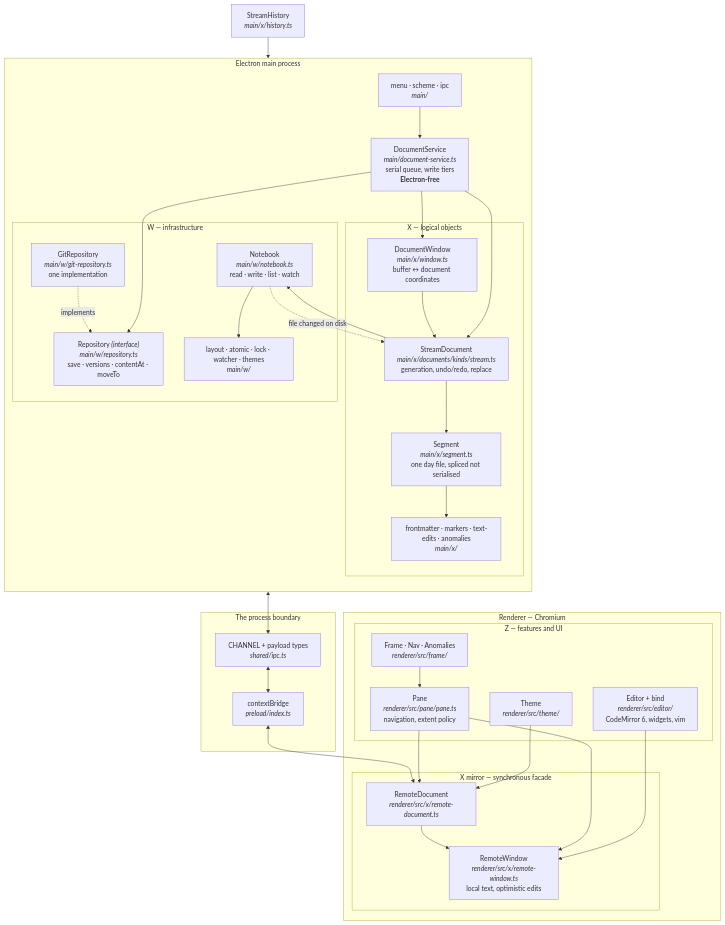
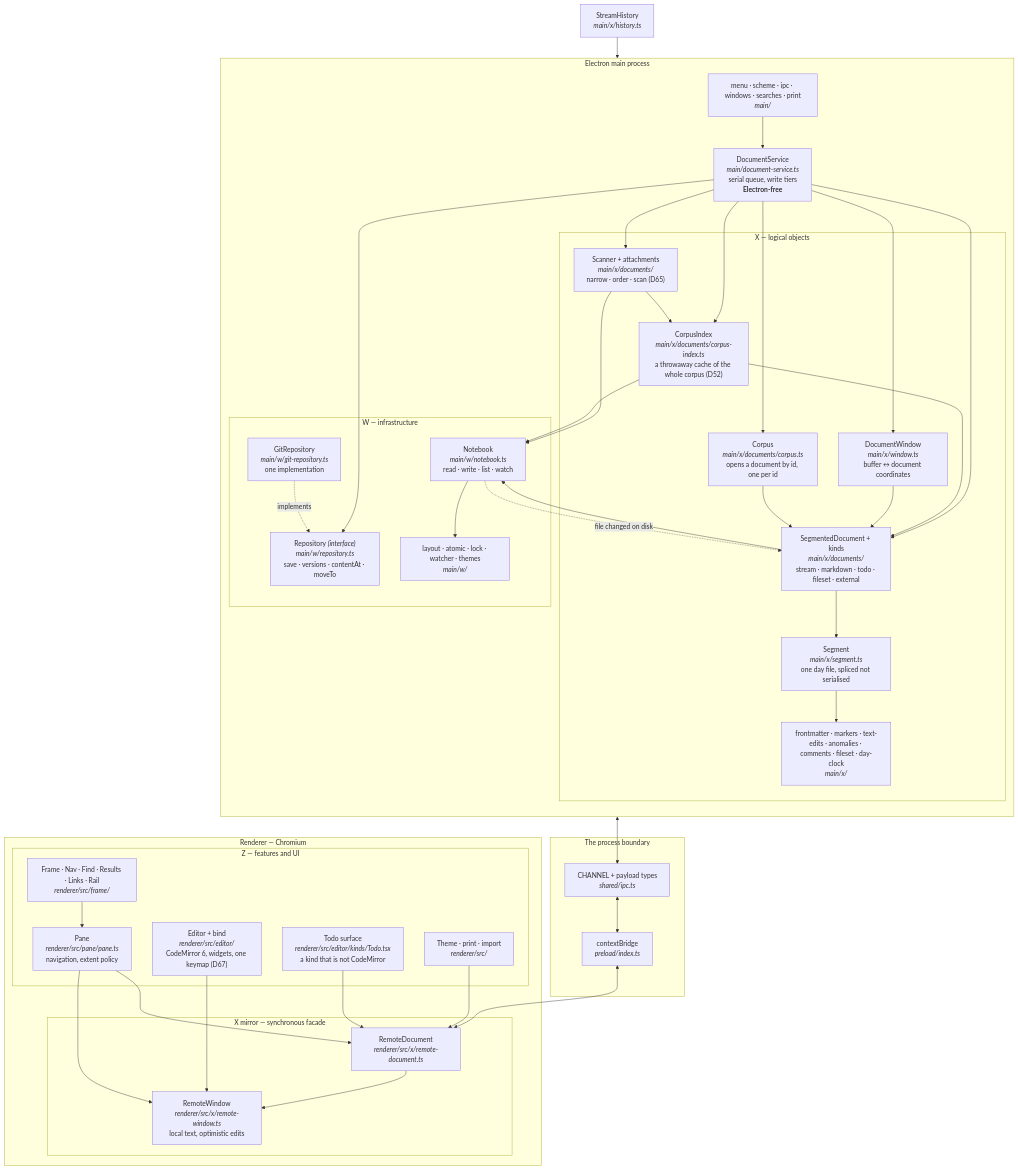
One commit to yonatanzunger/tephra changed the diagram in .clarity-protocol/solution/architecture-as-built.md. Above: the diagram before and after it, drawn with Mermaid. The commit also changed other lines of this file and 16 other files, not shown here.

````diff
--- a/.clarity-protocol/solution/architecture-as-built.md
+++ b/.clarity-protocol/solution/architecture-as-built.md
@@ -14,60 +16,73 @@
 ```mermaid
 flowchart TB
   subgraph MAIN["Electron main process"]
     direction TB
     subgraph X["X — logical objects"]
-      SD["StreamDocument<br/><i>main/x/documents/kinds/stream.ts</i><br/>generation, undo/redo, replace"]
+      CORP["Corpus<br/><i>main/x/documents/corpus.ts</i><br/>opens a document by id, one per id"]
+      SD["SegmentedDocument + kinds<br/><i>main/x/documents/</i><br/>stream · markdown · todo · fileset · external"]
       DW["DocumentWindow<br/><i>main/x/window.ts</i><br/>buffer ↔ document coordinates"]
       SEG["Segment<br/><i>main/x/segment.ts</i><br/>one day file, spliced not serialised"]
-      PARSE["frontmatter · markers · text-edits · anomalies<br/><i>main/x/</i>"]
+      IDX["CorpusIndex<br/><i>main/x/documents/corpus-index.ts</i><br/>a throwaway cache of the whole corpus (D52)"]
+      SRCH["Scanner + attachments<br/><i>main/x/documents/</i><br/>narrow · order · scan (D65)"]
+      PARSE["frontmatter · markers · text-edits · anomalies · comments · fileset · day-clock<br/><i>main/x/</i>"]
     end
     subgraph W["W — infrastructure"]
       NB["Notebook<br/><i>main/w/notebook.ts</i><br/>read · write · list · watch"]
       REPO["Repository <i>(interface)</i><br/><i>main/w/repository.ts</i><br/>save · versions · contentAt · moveTo"]
       GIT["GitRepository<br/><i>main/w/git-repository.ts</i><br/>one implementation"]
       WBITS["layout · atomic · lock · watcher · themes<br/><i>main/w/</i>"]
     end
     SVC["DocumentService<br/><i>main/document-service.ts</i><br/>serial queue, write tiers<br/><b>Electron-free</b>"]
-    MENU["menu · scheme · ipc<br/><i>main/</i>"]
+    MENU["menu · scheme · ipc · windows · searches · print<br/><i>main/</i>"]
   end
 
   subgraph BRIDGE["The process boundary"]
     CH["CHANNEL + payload types<br/><i>shared/ipc.ts</i>"]
     PRE["contextBridge<br/><i>preload/index.ts</i>"]
   end
 
   subgraph REND["Renderer — Chromium"]
     subgraph XR["X mirror — synchronous facade"]
       RD["RemoteDocument<br/><i>renderer/src/x/remote-document.ts</i>"]
       RW["RemoteWindow<br/><i>renderer/src/x/remote-window.ts</i><br/>local text, optimistic edits"]
     end
     subgraph Z["Z — features and UI"]
       PANE["Pane<br/><i>renderer/src/pane/pane.ts</i><br/>navigation, extent policy"]
-      ED["Editor + bind<br/><i>renderer/src/editor/</i><br/>CodeMirror 6, widgets, vim"]
-      FR["Frame · Nav · Anomalies<br/><i>renderer/src/frame/</i>"]
-      TH["Theme<br/><i>renderer/src/theme/</i>"]
+      ED["Editor + bind<br/><i>renderer/src/editor/</i><br/>CodeMirror 6, widgets, one keymap (D67)"]
+      TODO["Todo surface<br/><i>renderer/src/editor/kinds/Todo.tsx</i><br/>a kind that is not CodeMirror"]
+      FR["Frame · Nav · Find · Results · Links · Rail<br/><i>renderer/src/frame/</i>"]
+      TH["Theme · print · import<br/><i>renderer/src/</i>"]
     end
   end
 
+  CORP --> SD
   SD --> SEG
   DW --> SD
   SEG --> PARSE
   SD --> NB
+  IDX --> NB
+  IDX --> SD
+  SRCH --> IDX
+  SRCH --> NB
+  SVC --> CORP
+  SVC --> IDX
+  SVC --> SRCH
   GIT -.implements.-> REPO
   HIST["StreamHistory<br/><i>main/x/history.ts</i>"] --> REPO
   SVC --> REPO
   NB --> WBITS
   SVC --> SD
   SVC --> DW
   MENU --> SVC
   SVC <--> CH
   CH <--> PRE
   PRE <--> RD
   RD --> RW
   PANE --> RD
   PANE --> RW
   ED --> RW
+  TODO --> RD
   FR --> PANE
   TH --> RD
   NB -. "file changed on disk" .-> SD
 ```
````
